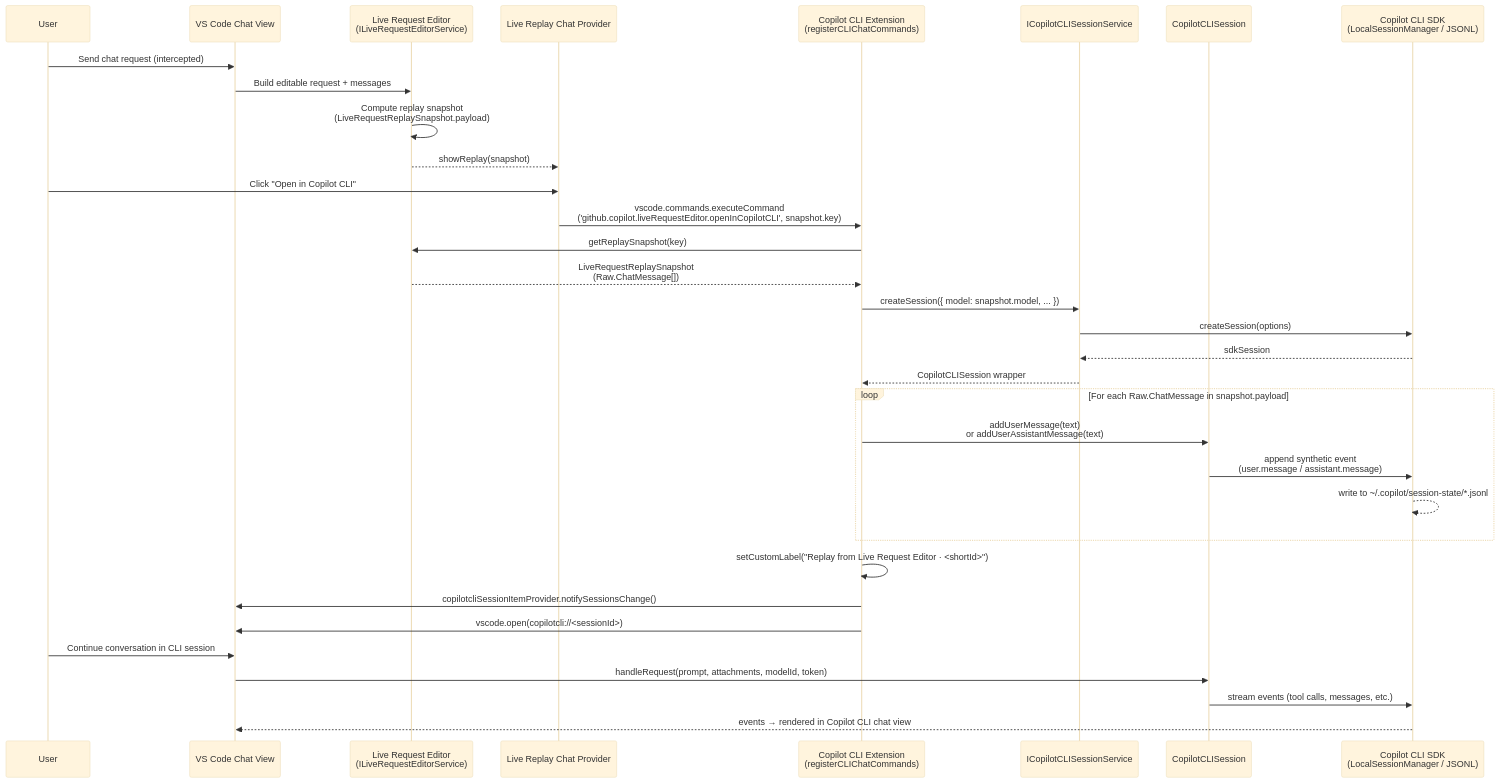
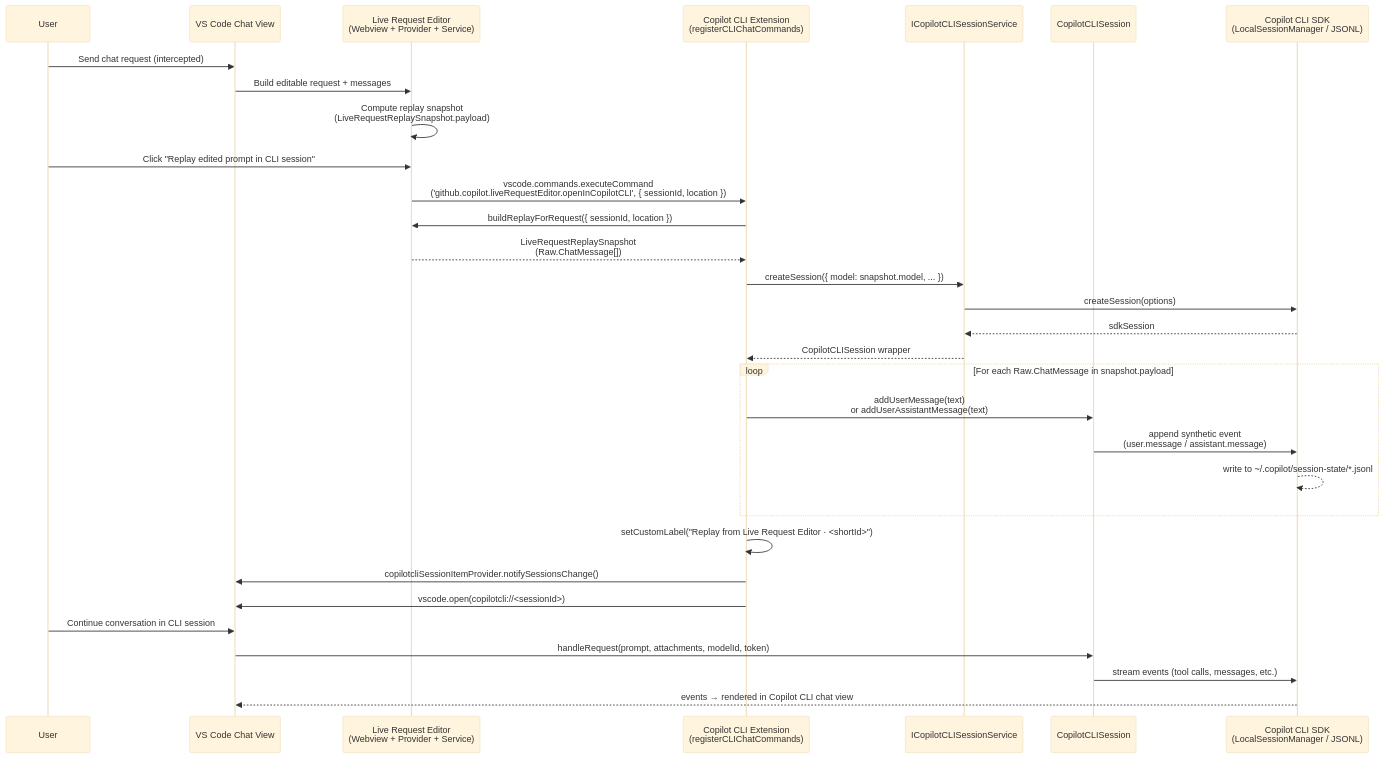
Before and after one commit to yulongbai-nov/vscode-copilot-chat: the diagram in docs/cli-history-replay-handoff.md, drawn with Mermaid (base theme). The commit also changed other lines of this file and 8 other files, not shown here.

Commit message:
Route Live Request Editor CLI fork via buildReplayForRequest

````diff
--- a/docs/cli-history-replay-handoff.md
+++ b/docs/cli-history-replay-handoff.md
@@ -335,42 +359,40 @@
 ```mermaid
 sequenceDiagram
     participant User
     participant VSCodeChat as VS Code Chat View
-    participant LiveReqEditor as Live Request Editor<br/>(ILiveRequestEditorService)
-    participant LiveReplay as Live Replay Chat Provider
+    participant LiveReqEditor as Live Request Editor<br/>(Webview + Provider + Service)
     participant CLIExt as Copilot CLI Extension<br/>(registerCLIChatCommands)
     participant CLISessionSvc as ICopilotCLISessionService
     participant CLISession as CopilotCLISession
     participant CLISDK as Copilot CLI SDK<br/>(LocalSessionManager / JSONL)
 
     User->>VSCodeChat: Send chat request (intercepted)
     VSCodeChat->>LiveReqEditor: Build editable request + messages
     LiveReqEditor->>LiveReqEditor: Compute replay snapshot<br/>(LiveRequestReplaySnapshot.payload)
-    LiveReqEditor-->>LiveReplay: showReplay(snapshot)
 
-    User->>LiveReplay: Click "Open in Copilot CLI"
-    LiveReplay->>CLIExt: vscode.commands.executeCommand<br/>('github.copilot.liveRequestEditor.openInCopilotCLI', snapshot.key)
+    User->>LiveReqEditor: Click "Replay edited prompt in CLI session"
+    LiveReqEditor->>CLIExt: vscode.commands.executeCommand<br/>('github.copilot.liveRequestEditor.openInCopilotCLI', { sessionId, location })
 
-    CLIExt->>LiveReqEditor: getReplaySnapshot(key)
+    CLIExt->>LiveReqEditor: buildReplayForRequest({ sessionId, location })
     LiveReqEditor-->>CLIExt: LiveRequestReplaySnapshot<br/>(Raw.ChatMessage[])
 
     CLIExt->>CLISessionSvc: createSession({ model: snapshot.model, ... })
     CLISessionSvc->>CLISDK: createSession(options)
     CLISDK-->>CLISessionSvc: sdkSession
     CLISessionSvc-->>CLIExt: CopilotCLISession wrapper
 
     loop For each Raw.ChatMessage in snapshot.payload
         CLIExt->>CLISession: addUserMessage(text)<br/>or addUserAssistantMessage(text)
         CLISession->>CLISDK: append synthetic event<br/>(user.message / assistant.message)
         CLISDK-->>CLISDK: write to ~/.copilot/session-state/*.jsonl
     end
 
     CLIExt->>CLIExt: setCustomLabel("Replay from Live Request Editor · <shortId>")
     CLIExt->>VSCodeChat: copilotcliSessionItemProvider.notifySessionsChange()
     CLIExt->>VSCodeChat: vscode.open(copilotcli://<sessionId>)
 
     User->>VSCodeChat: Continue conversation in CLI session
     VSCodeChat->>CLISession: handleRequest(prompt, attachments, modelId, token)
     CLISession->>CLISDK: stream events (tool calls, messages, etc.)
     CLISDK-->>VSCodeChat: events → rendered in Copilot CLI chat view
 ```
````
